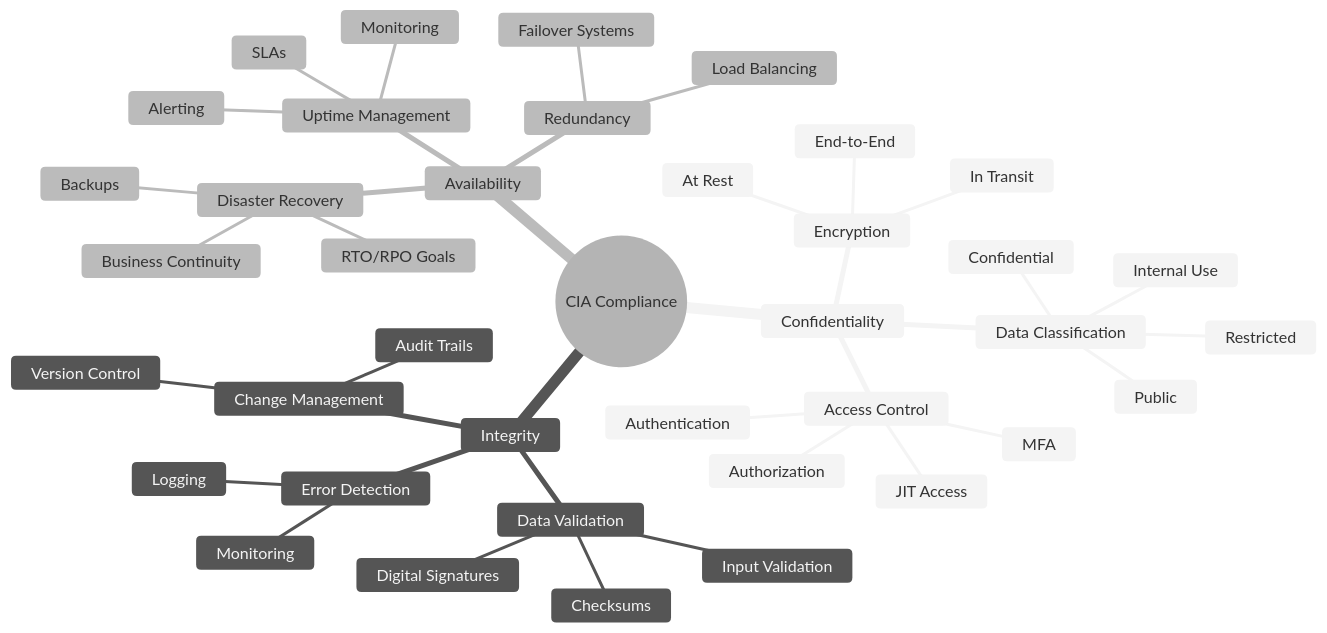
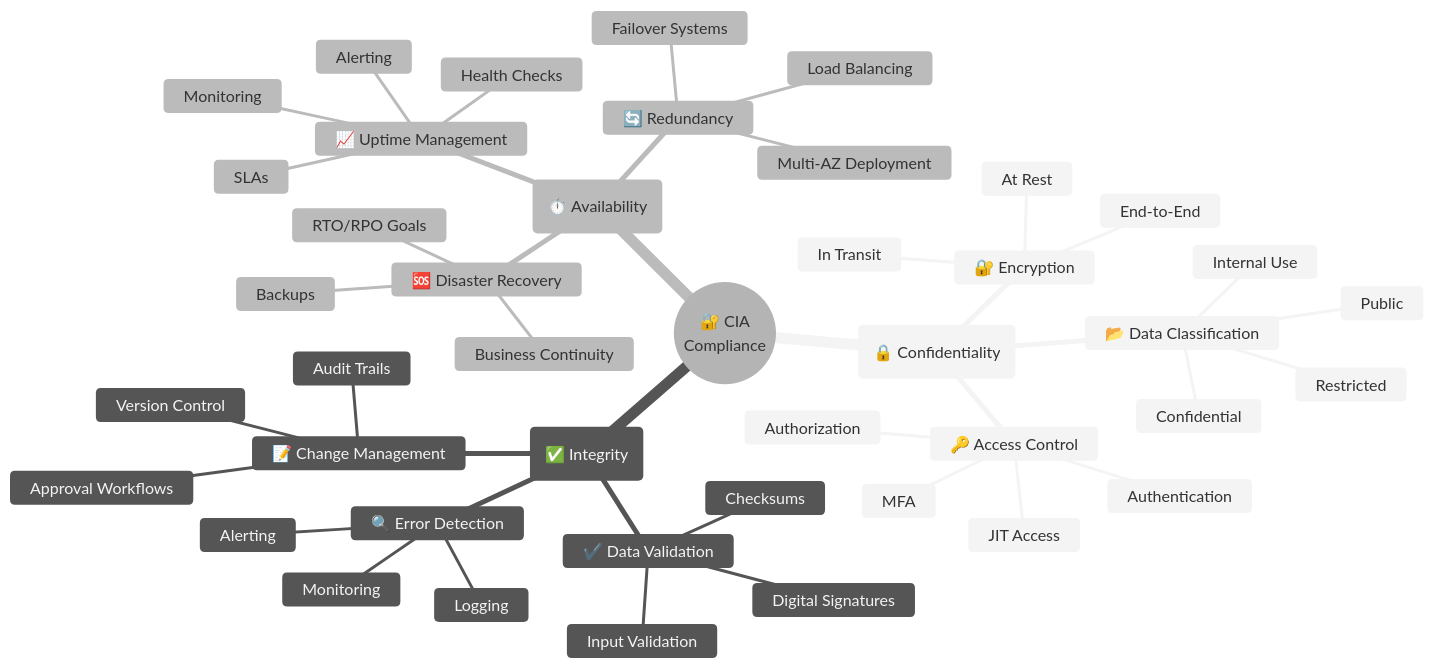
The ninth of 13 diagrams in docs/architecture/MINDMAP.md (Hack23/cia-compliance-manager), drawn with Mermaid (neutral theme) before and after one commit. The commit also changed other lines of this file, not shown here.

First line of the commit message:
docs: update MINDMAP.md with v1.0 component relationships and architecture (#714)

````diff
--- a/docs/architecture/MINDMAP.md
+++ b/docs/architecture/MINDMAP.md
@@ -17,42 +782,46 @@
 ```mermaid
 mindmap
-  root((CIA Compliance))
-    Confidentiality
-      Data Classification
+  root((🔐 CIA<br/>Compliance))
+    (🔒 Confidentiality)
+      📂 Data Classification
         Public
         Internal Use
-        Confidential 
+        Confidential
         Restricted
-      Access Control
+      🔑 Access Control
         Authentication
         Authorization
         MFA
         JIT Access
-      Encryption
+      🔐 Encryption
         At Rest
         In Transit
         End-to-End
-    Integrity
-      Data Validation
+    (✅ Integrity)
+      ✔️ Data Validation
         Input Validation
         Checksums
         Digital Signatures
-      Error Detection
+      🔍 Error Detection
         Monitoring
         Logging
-      Change Management
+        Alerting
+      📝 Change Management
         Version Control
         Audit Trails
-    Availability
-      Redundancy
+        Approval Workflows
+    (⏱️ Availability)
+      🔄 Redundancy
         Failover Systems
         Load Balancing
-      Disaster Recovery
+        Multi-AZ Deployment
+      🆘 Disaster Recovery
         Backups
         RTO/RPO Goals
         Business Continuity
-      Uptime Management
+      📈 Uptime Management
         SLAs
         Monitoring
         Alerting
+        Health Checks
 ```
````
